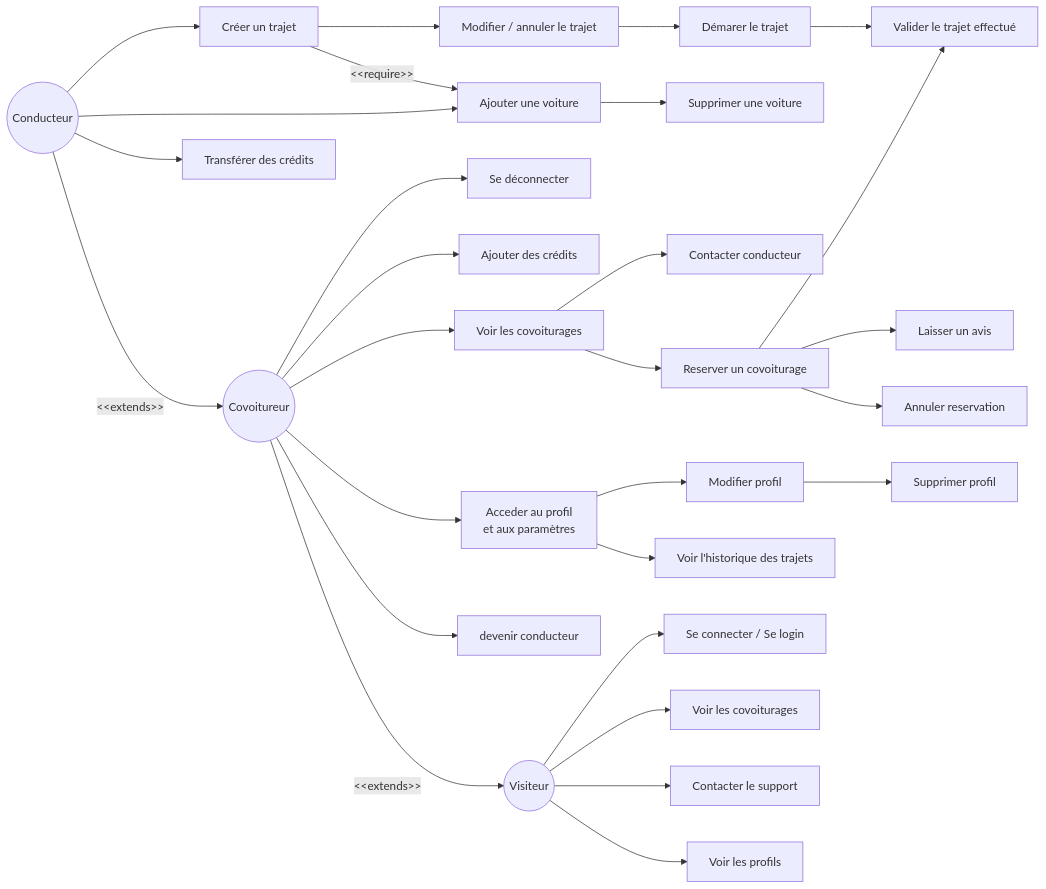
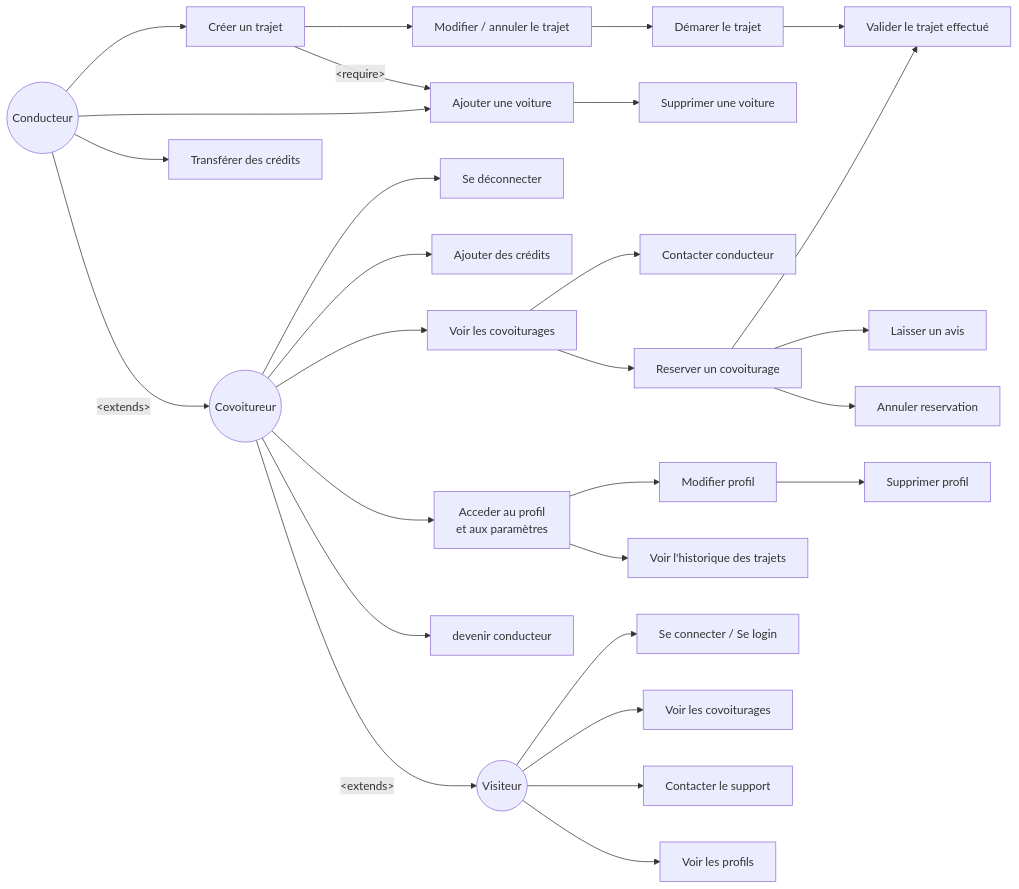
One commit to Anarchick/EcoRide changed the diagram in diagrams/flowchart/usecase.mmd. Above: the diagram before and after it, drawn with Mermaid. The commit also changed 3 other files, not shown here.

Commit message:
update diagrams

```diff
--- a/diagrams/flowchart/usecase.mmd
+++ b/diagrams/flowchart/usecase.mmd
@@ -1,35 +1,35 @@
 flowchart LR
 visitor((Visiteur))
 user((Covoitureur))
 driver((Conducteur))
 
 visitor  --> /login[Se connecter / Se login]
 visitor --> p/travels[Voir les covoiturages]
 visitor --> /contact[Contacter le support]
 visitor --> /profils[Voir les profils]
 
 user --> /logout[Se déconnecter]
 user --> /profil/credits/add[Ajouter des crédits]
 user --> /travels[Voir les covoiturages]
 /travels --> /travels/contact[Contacter conducteur]
 /travels --> /travels/join[Reserver un covoiturage]
 /travels/join -->/travels/validate
 /travels/join --> /travels/review[Laisser un avis]
 /travels/join --> /travels/leave[Annuler reservation]
 user --> /profil[Acceder au profil<br> et aux paramètres]
 /profil --> /profil/edit[Modifier profil]
 /profil --> /profil/history[Voir l'historique des trajets]
 /profil/edit --> /profil/delete[Supprimer profil]
 user --> /profil/driver[devenir conducteur]
 
 driver --> /travels/create[Créer un trajet]
 /travels/create --> /travels/edit[Modifier / annuler le trajet]
 /travels/edit --> /travels/start[Démarer le trajet]
 /travels/start --> /travels/validate[Valider le trajet effectué]
 driver --> /profil/car/add[Ajouter une voiture]
 /profil/car/add --> /profil/car/delete[Supprimer une voiture]
-/travels/create -->|&lt;&lt;require&gt;&gt;| /profil/car/add
+/travels/create -->|&lt;require&gt;| /profil/car/add
 driver --> /profil/credits/transfert[Transférer des crédits]
 
-user -->|&lt;&lt;extends&gt;&gt;| visitor
-driver -->|&lt;&lt;extends&gt;&gt;| user
+user -->|&lt;extends&gt;| visitor
+driver -->|&lt;extends&gt;| user
```
